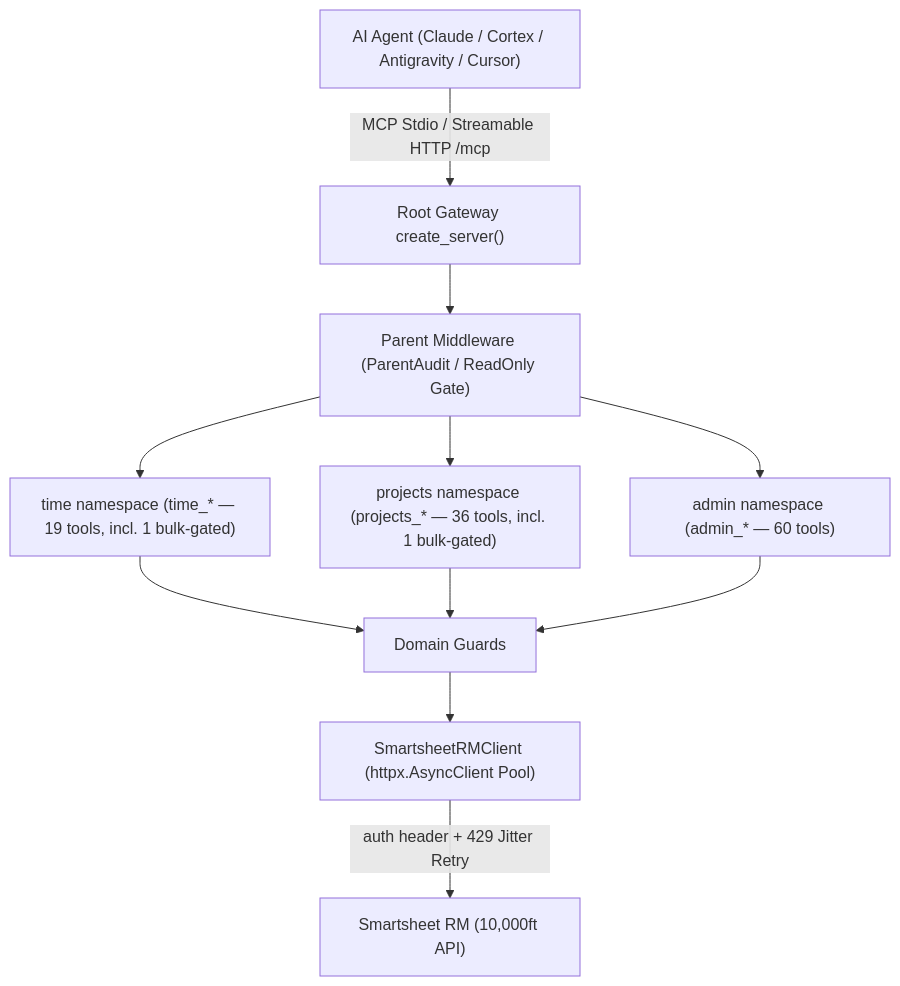
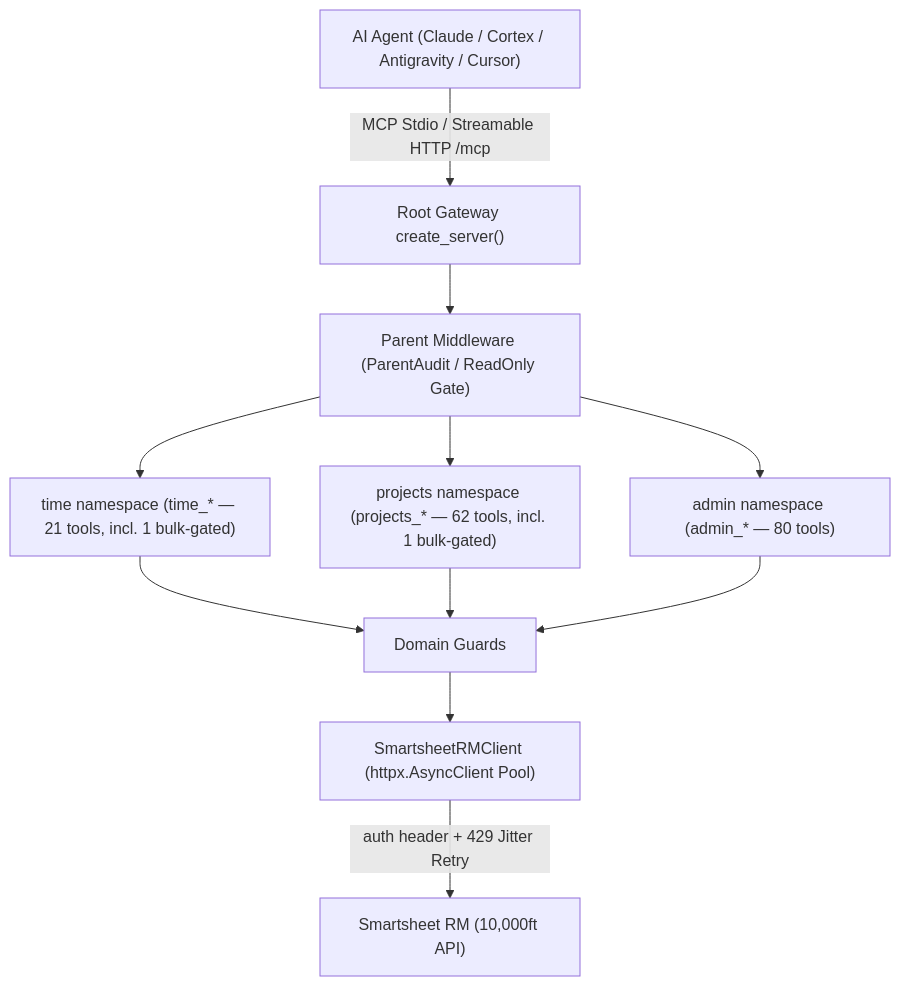
Before and after one commit to christianclaudio/mcp-server-smartsheet-rm: the diagram in README.md, drawn with Mermaid. The commit also changed other lines of this file and 3 other files, not shown here.

````diff
--- a/README.md
+++ b/README.md
@@ -18,13 +18,13 @@
 ```mermaid
 graph TD
     Client["AI Agent (Claude / Cortex / Antigravity / Cursor)"] -->|"MCP Stdio / Streamable HTTP /mcp"| Server["Root Gateway create_server()"]
     Server --> Middle["Parent Middleware (ParentAudit / ReadOnly Gate)"]
-    Middle --> SubTime["time namespace (time_* — 19 tools, incl. 1 bulk-gated)"]
-    Middle --> SubProj["projects namespace (projects_* — 36 tools, incl. 1 bulk-gated)"]
-    Middle --> SubAdmin["admin namespace (admin_* — 60 tools)"]
+    Middle --> SubTime["time namespace (time_* — 21 tools, incl. 1 bulk-gated)"]
+    Middle --> SubProj["projects namespace (projects_* — 62 tools, incl. 1 bulk-gated)"]
+    Middle --> SubAdmin["admin namespace (admin_* — 80 tools)"]
     SubTime --> Guards["Domain Guards"]
     SubProj --> Guards
     SubAdmin --> Guards
     Guards --> ClientPool["SmartsheetRMClient (httpx.AsyncClient Pool)"]
     ClientPool -->|"auth header + 429 Jitter Retry"| API["Smartsheet RM (10,000ft API)"]
 ```
````
